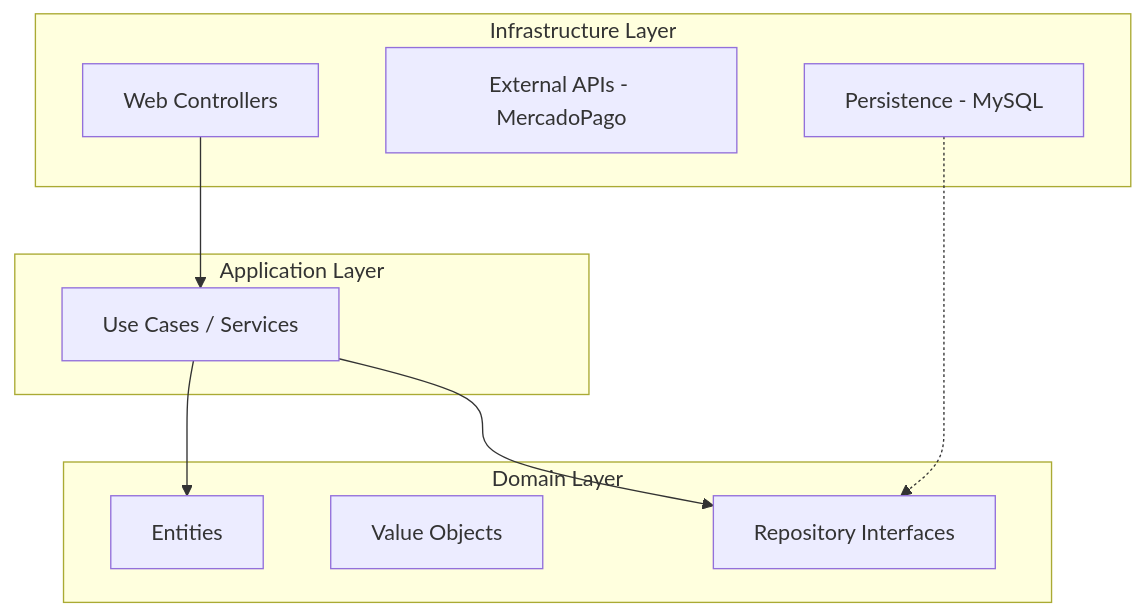
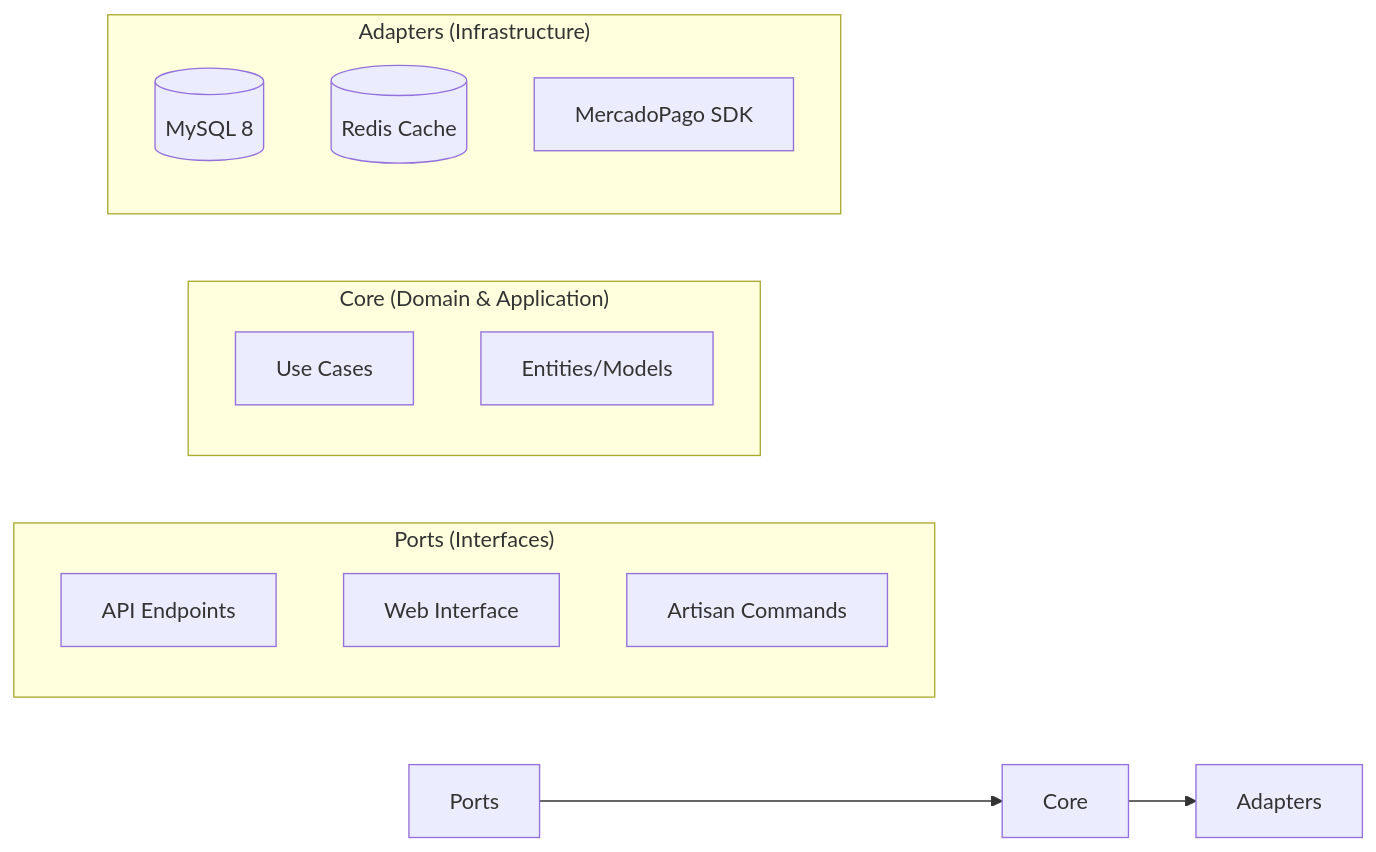
The diagram in README.md (paraZmol/FutGo), drawn with Mermaid before and after one commit. The commit also changed other lines of this file and 10 other files, not shown here.

````diff
--- a/README.md
+++ b/README.md
@@ -22,23 +45,22 @@
 ```mermaid
-graph TD
-    subgraph "Infrastructure Layer"
-        P[Persistence - MySQL]
-        A[External APIs - MercadoPago]
-        W[Web Controllers]
+graph LR
+    subgraph "Ports (Interfaces)"
+        API[API Endpoints]
+        Web[Web Interface]
+        CLI[Artisan Commands]
     end
     
-    subgraph "Application Layer"
-        UC[Use Cases / Services]
+    subgraph "Core (Domain & Application)"
+        UC[Use Cases]
+        E[Entities/Models]
     end
     
-    subgraph "Domain Layer"
-        E[Entities]
-        VO[Value Objects]
-        R[Repository Interfaces]
+    subgraph "Adapters (Infrastructure)"
+        DB[(MySQL 8)]
+        Redis[(Redis Cache)]
+        MP[MercadoPago SDK]
     end
     
-    W --> UC
-    UC --> R
-    P -.-> R
-    UC --> E
+    Ports --> Core
+    Core --> Adapters
 ```
````
